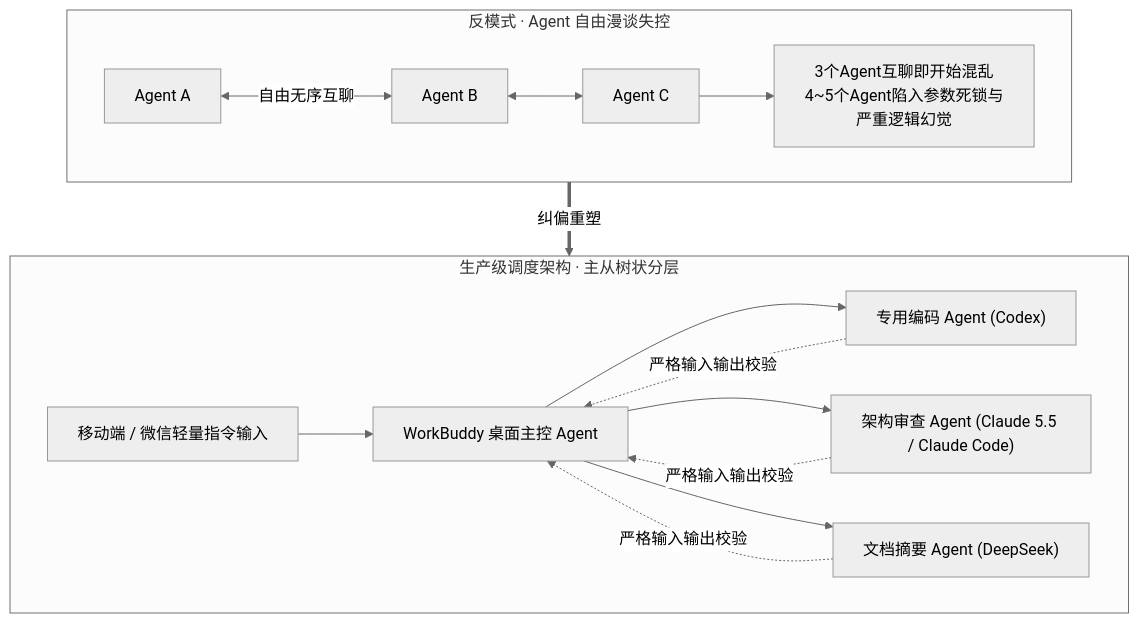
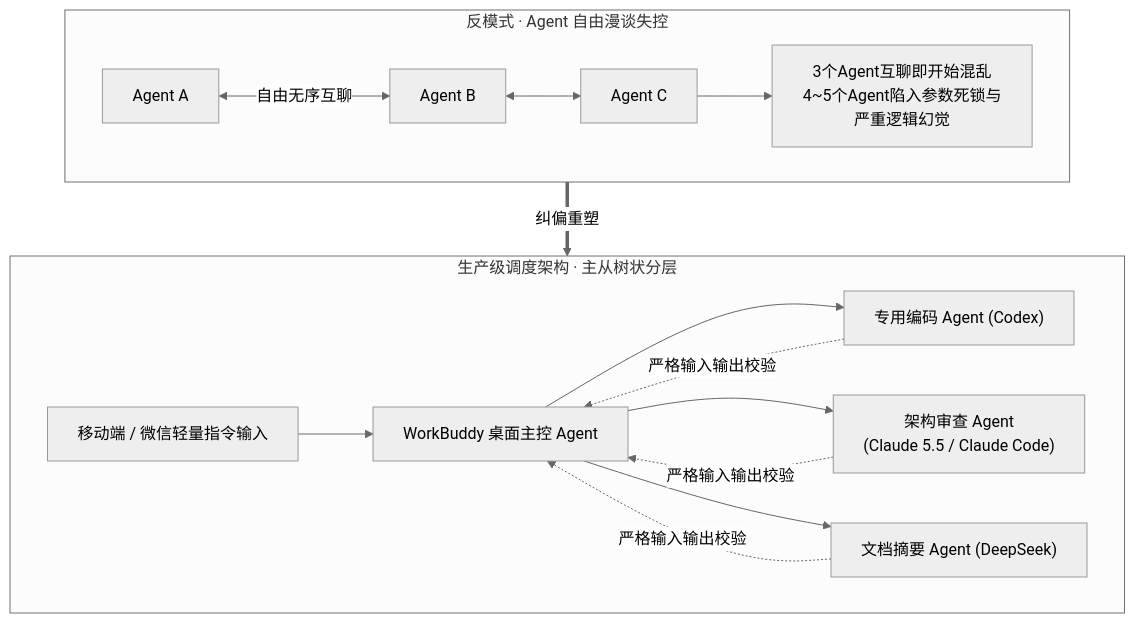
One commit to dollarser/knowledge changed diagram 12 of 16 in content/live-20261102-01.md. Above: the diagram before and after it, drawn with Mermaid (neutral theme). The commit also changed other lines of this file, not shown here.

Commit message:
style(mermaid): verticalize internal nodes with multi-line breaks for mobile read

````diff
--- a/content/live-20261102-01.md
+++ b/content/live-20261102-01.md
@@ -424,18 +429,18 @@
 ```mermaid
 flowchart TD
     subgraph AntiPattern["反模式 · Agent 自由漫谈失控"]
         P1["Agent A"] <-->|自由无序互聊| P2["Agent B"]
         P2 <--> P3["Agent C"]
         P3 --> Collapse["3个Agent互聊即开始混乱<br/>4~5个Agent陷入参数死锁与严重逻辑幻觉"]
     end
 
     subgraph MasterWorker["生产级调度架构 · 主从树状分层"]
         UI["移动端 / 微信轻量指令输入"] --> Boss["WorkBuddy 桌面主控 Agent"]
         Boss --> Sub1["专用编码 Agent (Codex)"]
-        Boss --> Sub2["架构审查 Agent (Claude 5.5 / Claude Code)"]
+        Boss --> Sub2["架构审查 Agent<br/>(Claude 5.5 / Claude Code)"]
         Boss --> Sub3["文档摘要 Agent (DeepSeek)"]
         Sub1 & Sub2 & Sub3 -.->|严格输入输出校验| Boss
     end
 
     AntiPattern ==>|纠偏重塑| MasterWorker
 ```
````
